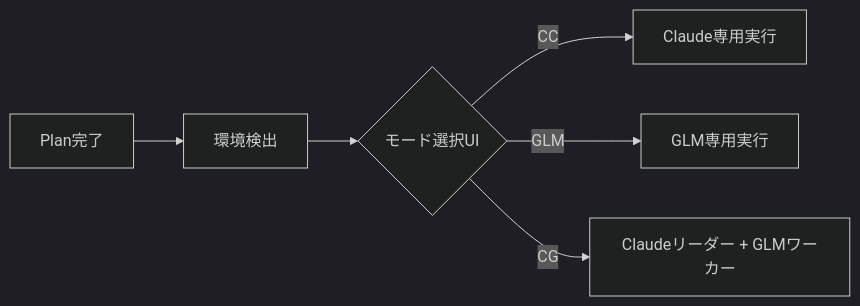
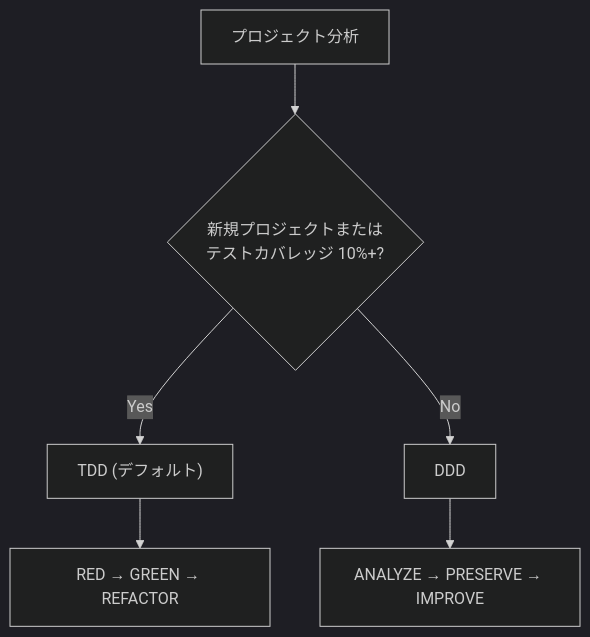
One commit to modu-ai/moai-adk changed the fifth of 5 diagrams in README.ja.md. Above: the diagram before and after it, drawn with Mermaid (dark theme). The commit also changed other lines of this file and 395 other files, not shown here.

````diff
--- a/README.ja.md
+++ b/README.ja.md
@@ -486,8 +415,8 @@
 ```mermaid
-graph LR
-    A["Plan完了"] --> B["環境検出"]
-    B --> C{"モード選択UI"}
-    C -->|"CC"| D["Claude専用実行"]
-    C -->|"GLM"| E["GLM専用実行"]
-    C -->|"CG"| F["Claudeリーダー + GLMワーカー"]
+flowchart TD
+    A["プロジェクト分析"] --> B{"新規プロジェクトまたは<br/>テストカバレッジ 10%+?"}
+    B -->|"Yes"| C["TDD (デフォルト)"]
+    B -->|"No"| D["DDD"]
+    C --> F["RED → GREEN → REFACTOR"]
+    D --> G["ANALYZE → PRESERVE → IMPROVE"]
 ```
````
